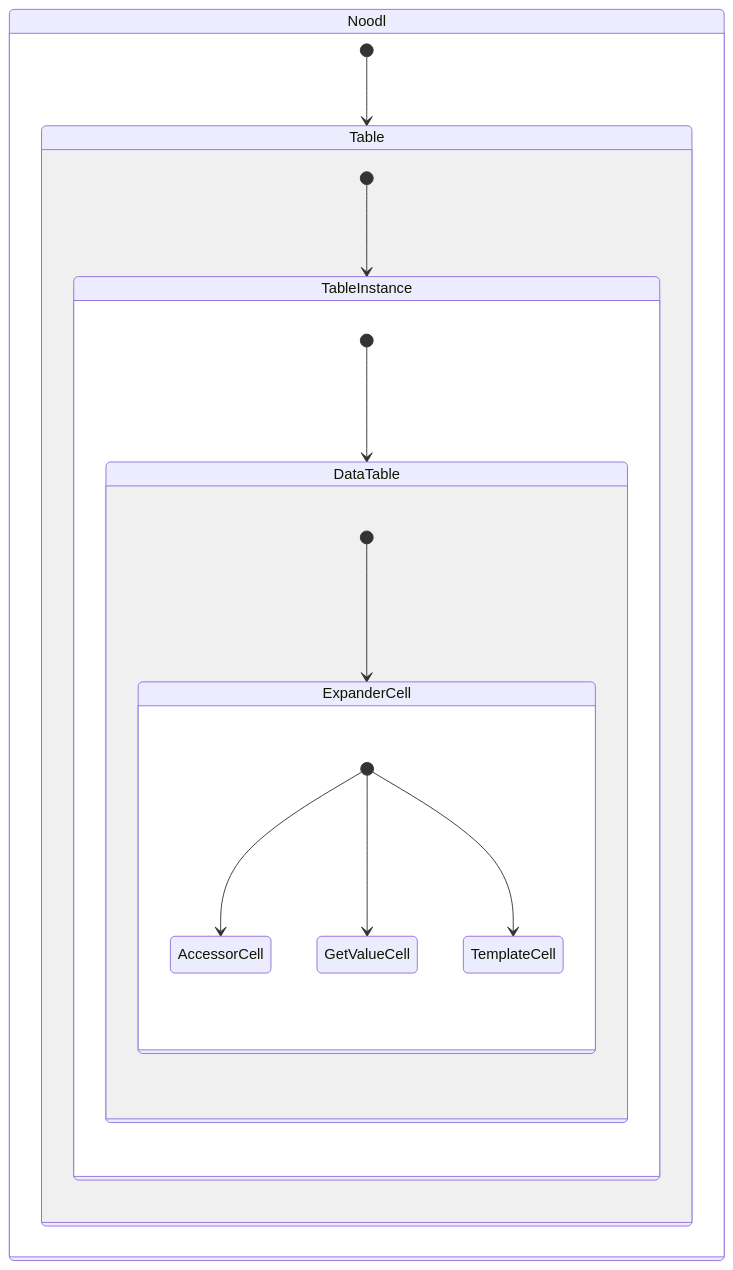
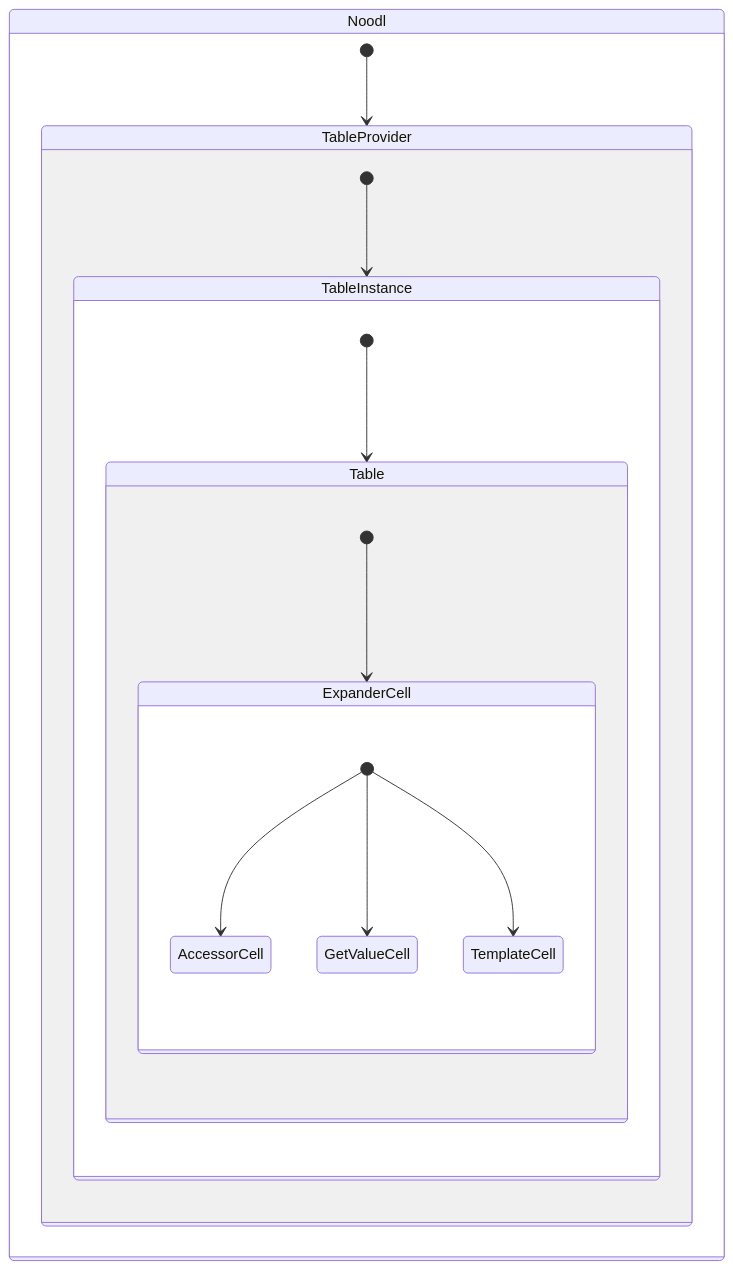
Before and after one commit to rolderdev/rolder-kit: the first of 2 diagrams in packages/components/ui/mantine/dataDisplay/table/v2.0.0/README.md, drawn with Mermaid. The commit also changed other lines of this file and 224 other files, not shown here.

````diff
--- a/packages/components/ui/mantine/dataDisplay/table/v2.0.0/README.md
+++ b/packages/components/ui/mantine/dataDisplay/table/v2.0.0/README.md
@@ -31,20 +36,20 @@
 ```mermaid
 stateDiagram-v2
   state Noodl {
-      [*] --> Table
-      state Table {
+      [*] --> TableProvider
+      state TableProvider {
           [*] --> TableInstance
           state TableInstance {
-            [*] --> DataTable
-            state DataTable {
+            [*] --> Table
+            state Table {
                 [*] --> ExpanderCell
                 state ExpanderCell {
                   [*] --> AccessorCell
                   [*] --> GetValueCell
                   [*] --> TemplateCell
                 }
             }
           }
       }
   }
 ```
````
